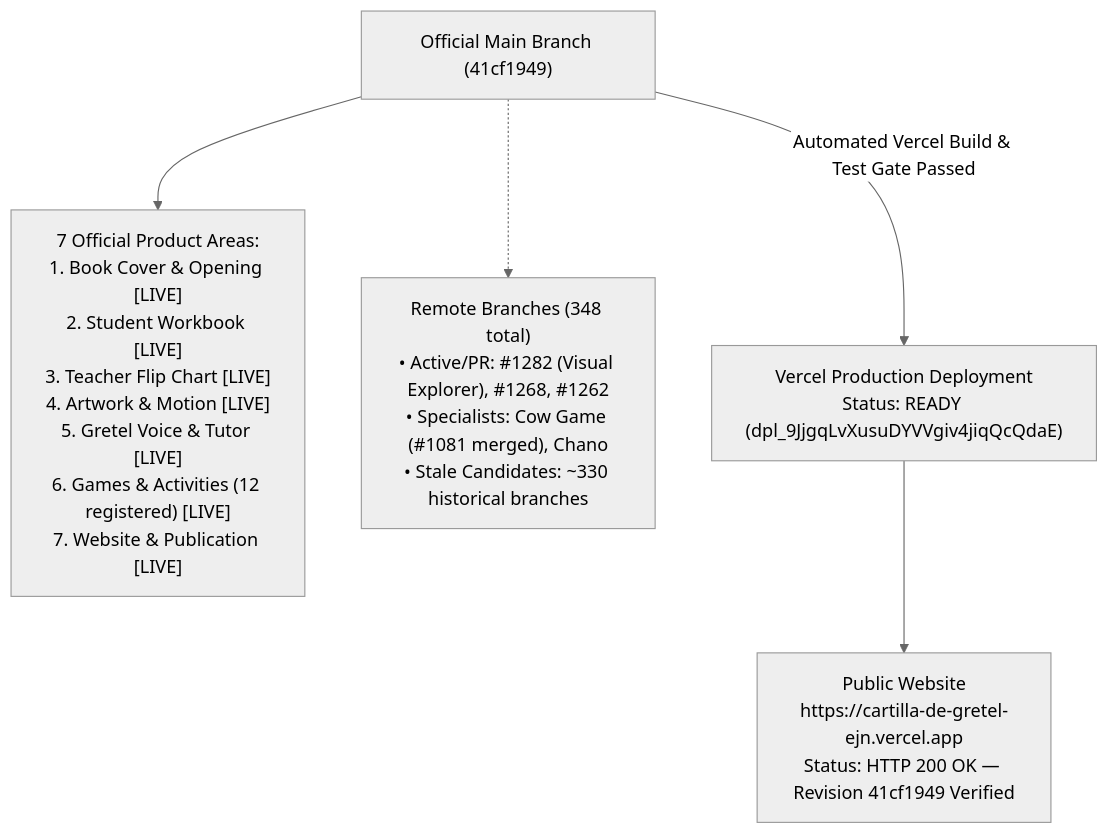
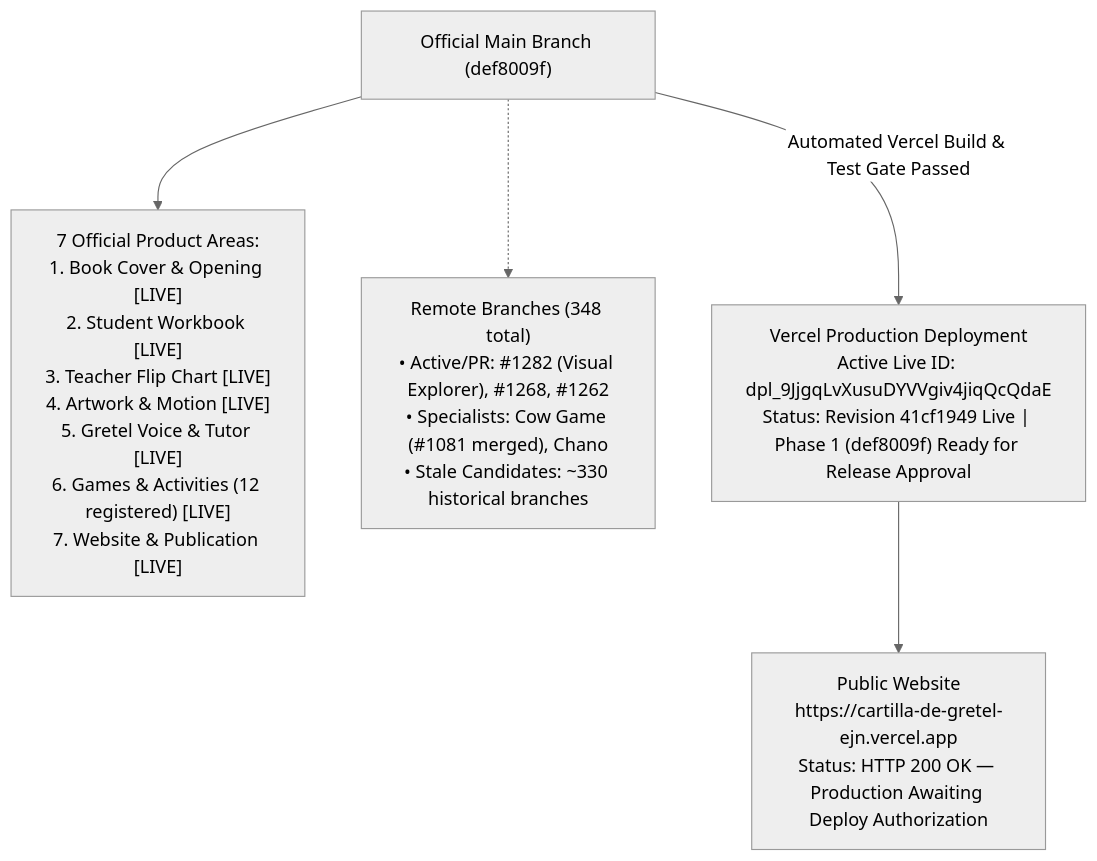
Before and after one commit to ejnburrows-rgb/cartilla-de-gretel: the first of 2 diagrams in docs/OWNER-VISUAL-STATUS.md, drawn with Mermaid (neutral theme). The commit also changed other lines of this file and 3 other files, not shown here.

````diff
--- a/docs/OWNER-VISUAL-STATUS.md
+++ b/docs/OWNER-VISUAL-STATUS.md
@@ -16,13 +16,13 @@
 ```mermaid
 flowchart TD
-    MAIN["Official Main Branch (41cf1949)"]
+    MAIN["Official Main Branch (def8009f)"]
     AREAS["7 Official Product Areas:<br/>1. Book Cover & Opening [LIVE]<br/>2. Student Workbook [LIVE]<br/>3. Teacher Flip Chart [LIVE]<br/>4. Artwork & Motion [LIVE]<br/>5. Gretel Voice & Tutor [LIVE]<br/>6. Games & Activities (12 registered) [LIVE]<br/>7. Website & Publication [LIVE]"]
     BRANCHES["Remote Branches (348 total)<br/>• Active/PR: #1282 (Visual Explorer), #1268, #1262<br/>• Specialists: Cow Game (#1081 merged), Chano<br/>• Stale Candidates: ~330 historical branches"]
-    VERCEL["Vercel Production Deployment<br/>Status: READY (dpl_9JjgqLvXusuDYVVgiv4jiqQcQdaE)"]
-    LIVE["Public Website<br/>https://cartilla-de-gretel-ejn.vercel.app<br/>Status: HTTP 200 OK — Revision 41cf1949 Verified"]
+    VERCEL["Vercel Production Deployment<br/>Active Live ID: dpl_9JjgqLvXusuDYVVgiv4jiqQcQdaE<br/>Status: Revision 41cf1949 Live | Phase 1 (def8009f) Ready for Release Approval"]
+    LIVE["Public Website<br/>https://cartilla-de-gretel-ejn.vercel.app<br/>Status: HTTP 200 OK — Production Awaiting Deploy Authorization"]
 
     MAIN --> AREAS
     MAIN -.-> BRANCHES
     MAIN -->|Automated Vercel Build & Test Gate Passed| VERCEL
     VERCEL --> LIVE
 ```
````
